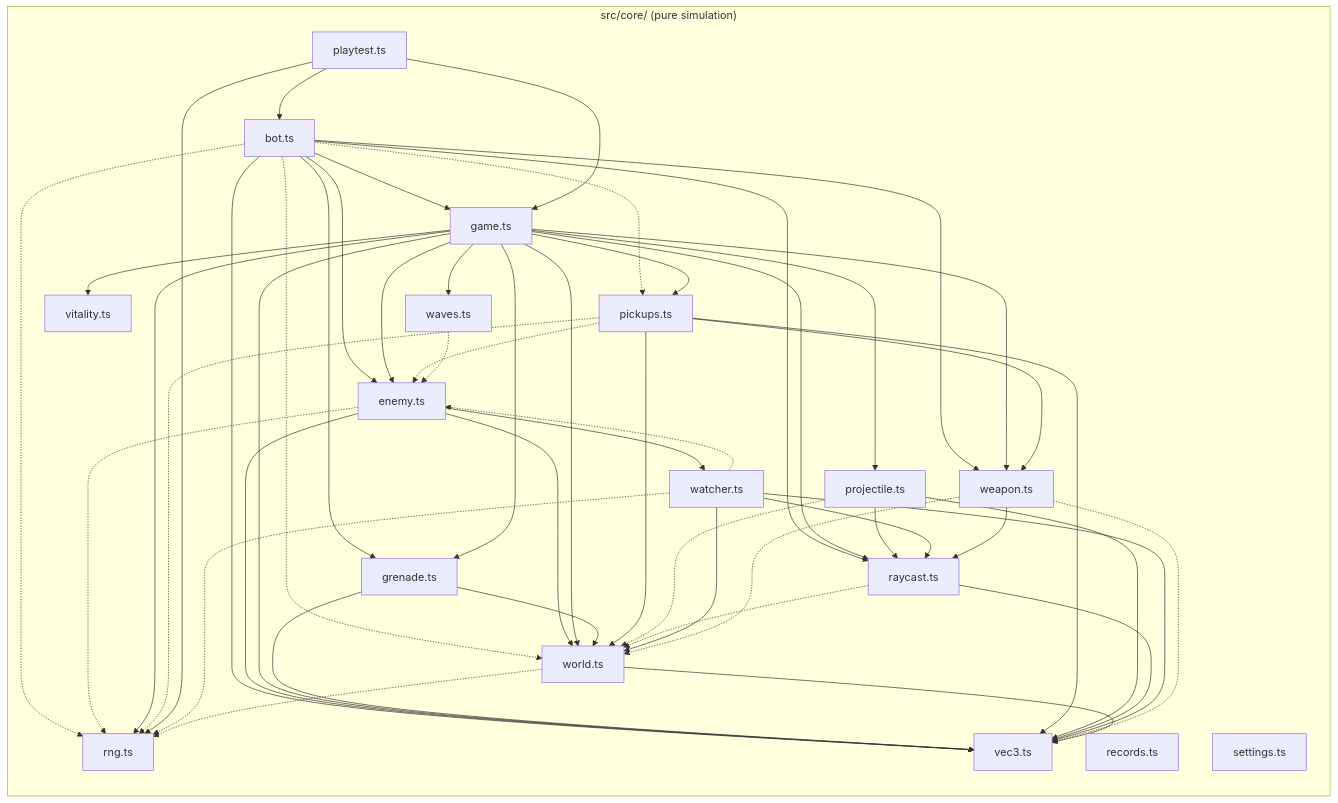
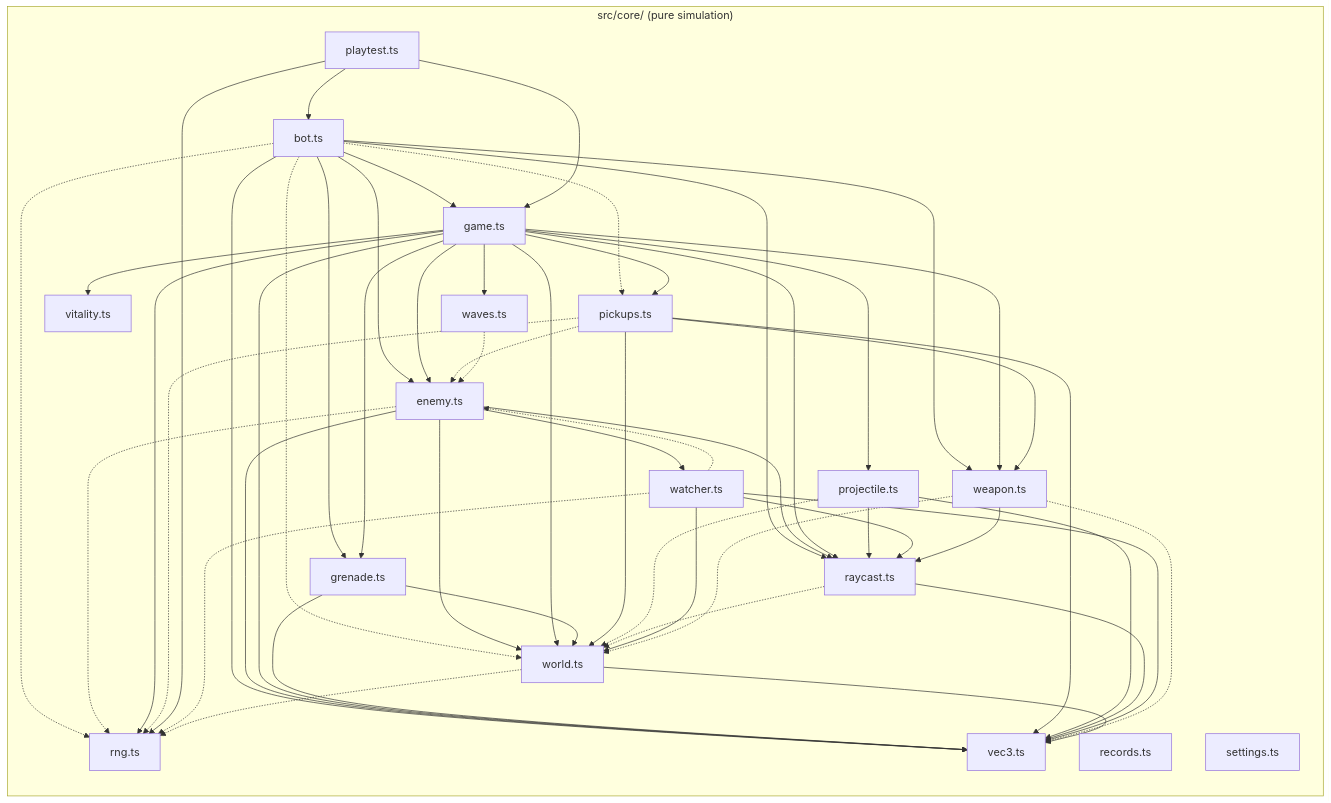
The diagram in docs/architecture/diagrams/core-components.mmd (agh/ringfall), drawn with Mermaid before and after one commit. The commit also changed 10 other files, not shown here.

```diff
--- a/docs/architecture/diagrams/core-components.mmd
+++ b/docs/architecture/diagrams/core-components.mmd
@@ -1,71 +1,72 @@
 %%{init: {"flowchart": {"curve": "basis"}} }%%
 flowchart LR
   subgraph core["src/core/ (pure simulation)"]
     core_bot["bot.ts"]
     core_enemy["enemy.ts"]
     core_game["game.ts"]
     core_grenade["grenade.ts"]
     core_pickups["pickups.ts"]
     core_playtest["playtest.ts"]
     core_projectile["projectile.ts"]
     core_raycast["raycast.ts"]
     core_records["records.ts"]
     core_rng["rng.ts"]
     core_settings["settings.ts"]
     core_vec3["vec3.ts"]
     core_vitality["vitality.ts"]
     core_watcher["watcher.ts"]
     core_waves["waves.ts"]
     core_weapon["weapon.ts"]
     core_world["world.ts"]
   end
   core_bot --> core_enemy
   core_bot --> core_game
   core_bot --> core_grenade
   core_bot -.-> core_pickups
   core_bot --> core_raycast
   core_bot -.-> core_rng
   core_bot --> core_vec3
   core_bot --> core_weapon
   core_bot -.-> core_world
+  core_enemy --> core_raycast
   core_enemy -.-> core_rng
   core_enemy --> core_vec3
   core_enemy --> core_watcher
   core_enemy --> core_world
   core_game --> core_enemy
   core_game --> core_grenade
   core_game --> core_pickups
   core_game --> core_projectile
   core_game --> core_raycast
   core_game --> core_rng
   core_game --> core_vec3
   core_game --> core_vitality
   core_game --> core_waves
   core_game --> core_weapon
   core_game --> core_world
   core_grenade --> core_vec3
   core_grenade --> core_world
   core_pickups -.-> core_enemy
   core_pickups -.-> core_rng
   core_pickups --> core_vec3
   core_pickups --> core_weapon
   core_pickups --> core_world
   core_playtest --> core_bot
   core_playtest --> core_game
   core_playtest --> core_rng
   core_projectile --> core_raycast
   core_projectile --> core_vec3
   core_projectile -.-> core_world
   core_raycast --> core_vec3
   core_raycast -.-> core_world
   core_watcher -.-> core_enemy
   core_watcher --> core_raycast
   core_watcher -.-> core_rng
   core_watcher --> core_vec3
   core_watcher --> core_world
   core_waves -.-> core_enemy
   core_weapon --> core_raycast
   core_weapon -.-> core_vec3
   core_weapon -.-> core_world
   core_world -.-> core_rng
   core_world --> core_vec3
```
